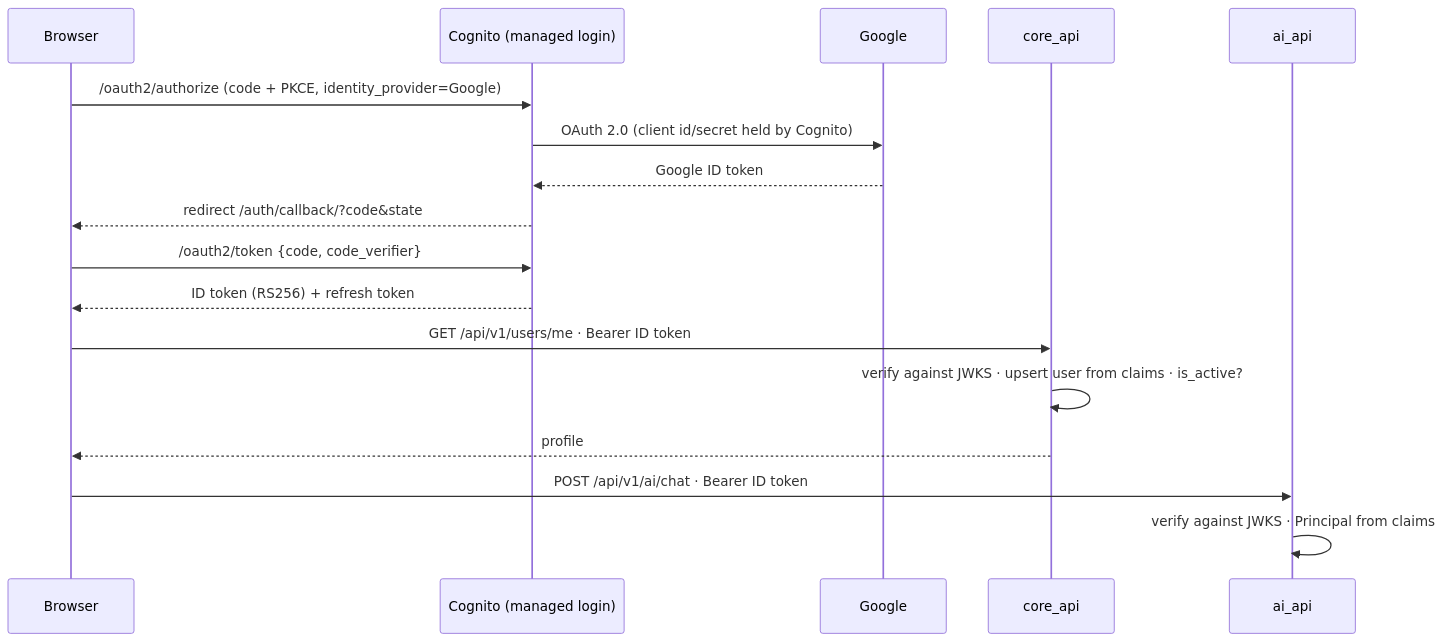
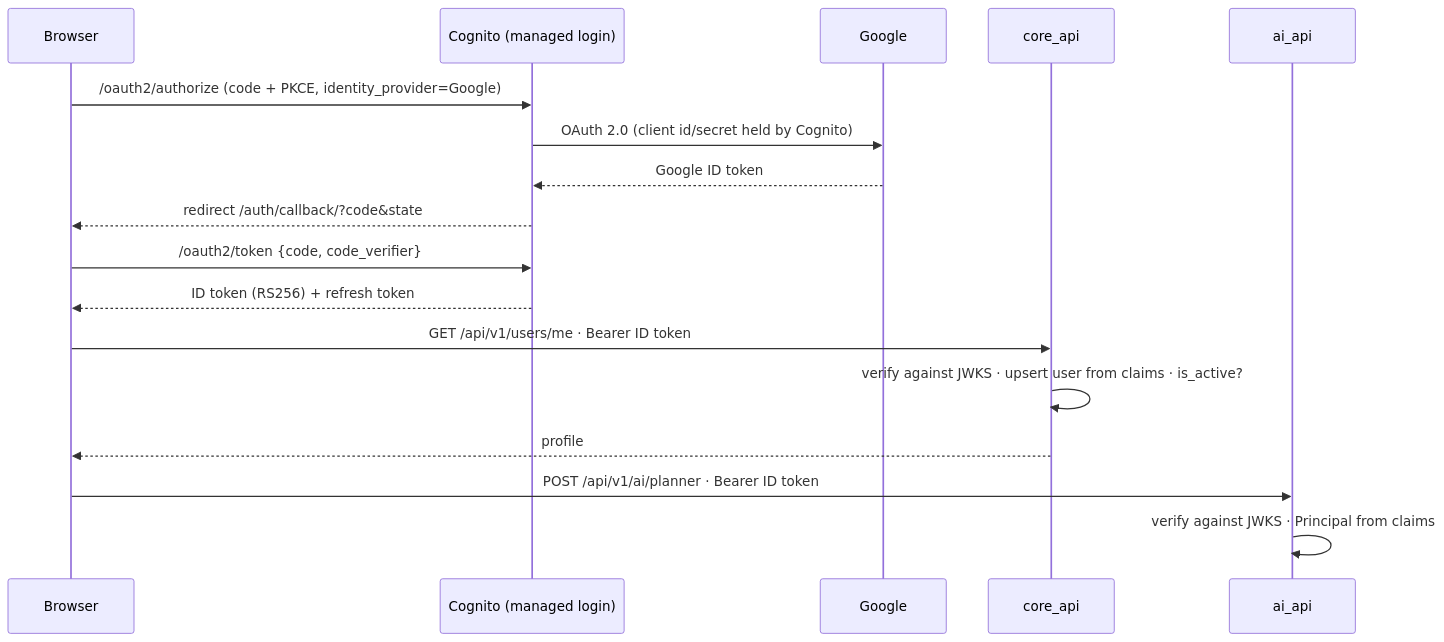
The second of 4 diagrams in docs/architecture/overview.md (manupm87/travel-ai-world), drawn with Mermaid before and after one commit. The commit also changed other lines of this file and 83 other files, not shown here.

````diff
--- a/docs/architecture/overview.md
+++ b/docs/architecture/overview.md
@@ -78,19 +78,19 @@
 ```mermaid
 sequenceDiagram
     participant B as Browser
     participant P as Cognito (managed login)
     participant G as Google
     participant C as core_api
     participant A as ai_api
     B->>P: /oauth2/authorize (code + PKCE, identity_provider=Google)
     P->>G: OAuth 2.0 (client id/secret held by Cognito)
     G-->>P: Google ID token
     P-->>B: redirect /auth/callback/?code&state
     B->>P: /oauth2/token {code, code_verifier}
     P-->>B: ID token (RS256) + refresh token
     B->>C: GET /api/v1/users/me · Bearer ID token
     C->>C: verify against JWKS · upsert user from claims · is_active?
     C-->>B: profile
-    B->>A: POST /api/v1/ai/chat · Bearer ID token
+    B->>A: POST /api/v1/ai/planner · Bearer ID token
     A->>A: verify against JWKS · Principal from claims
 ```
````
